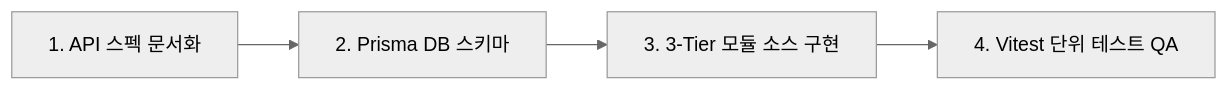
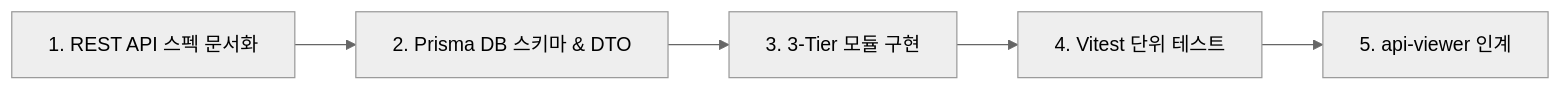
Before and after one commit to worean/antigravity-workflow: the diagram in .agents/agents/backend-developer.md, drawn with Mermaid (neutral theme). The commit also changed other lines of this file and 14 other files, not shown here.

Commit message:
refactor(agents): establish concurrent & api-viewer bridge pipeline and update skills tooling

````diff
--- a/.agents/agents/backend-developer.md
+++ b/.agents/agents/backend-developer.md
@@ -18,6 +16,7 @@
 ```mermaid
 flowchart LR
-    B1[1. API 스펙 문서화] --> B2[2. Prisma DB 스키마]
-    B2 --> B3[3. 3-Tier 모듈 소스 구현]
-    B3 --> B4[4. Vitest 단위 테스트 QA]
+    B1[1. REST API 스펙 문서화] --> B2[2. Prisma DB 스키마 & DTO]
+    B2 --> B3[3. 3-Tier 모듈 구현]
+    B3 --> B4[4. Vitest 단위 테스트]
+    B4 --> B5[5. api-viewer 인계]
 ```
````
